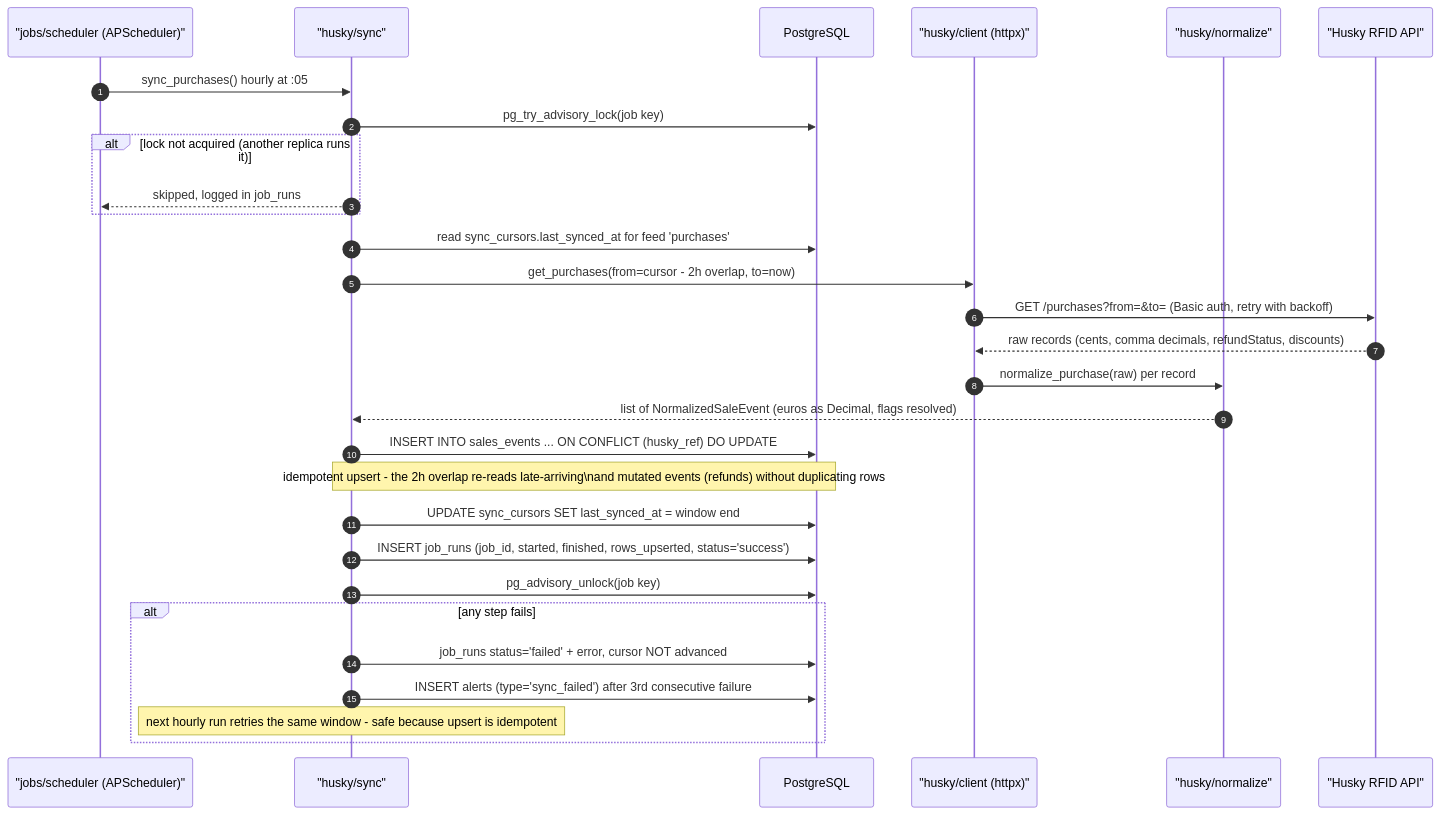
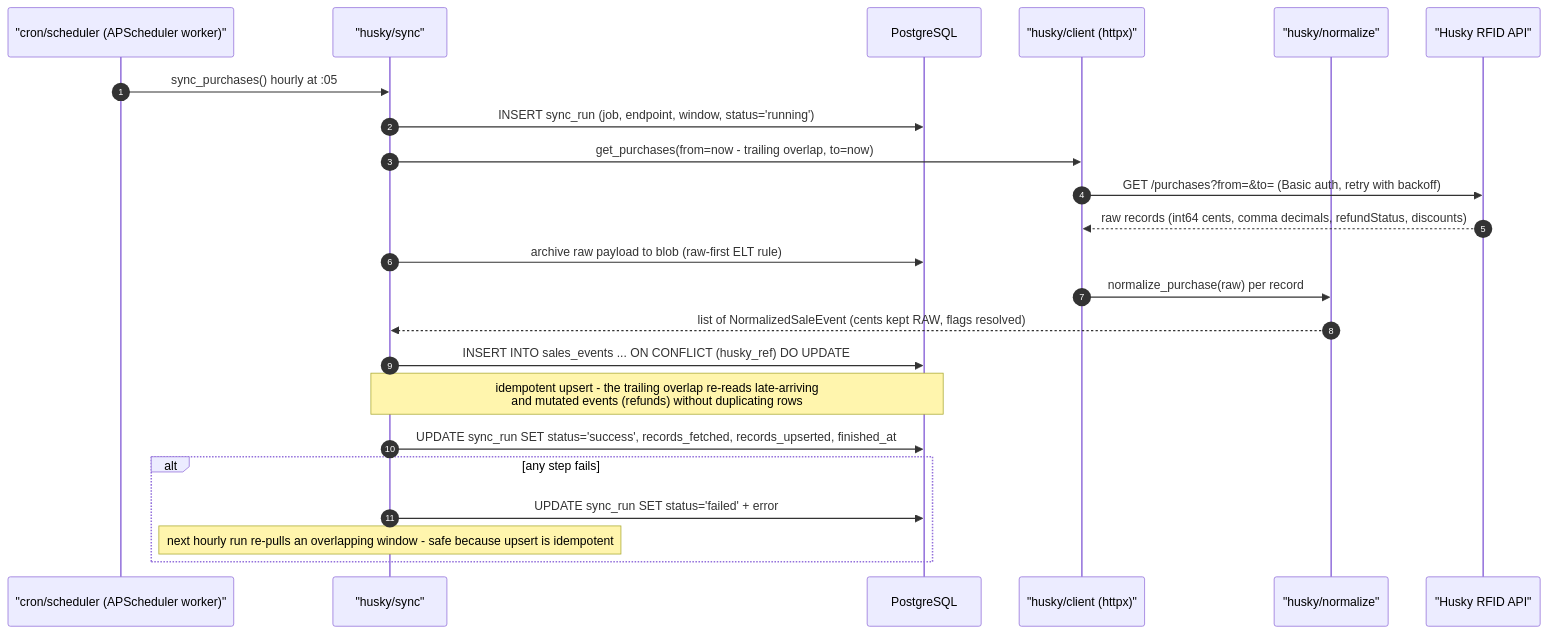
The fourth of 4 diagrams in architecture/backend/README.md (1504168/frigoloco-web), drawn with Mermaid before and after one commit. The commit also changed other lines of this file and 27 other files, not shown here.

````diff
--- a/architecture/backend/README.md
+++ b/architecture/backend/README.md
@@ -593,32 +628,26 @@
 ```mermaid
 sequenceDiagram
     autonumber
-    participant SCH as "jobs/scheduler (APScheduler)"
+    participant SCH as "cron/scheduler (APScheduler worker)"
     participant SY as "husky/sync"
     participant DB as PostgreSQL
     participant HC as "husky/client (httpx)"
     participant NZ as "husky/normalize"
     participant API as "Husky RFID API"
 
     SCH->>SY: sync_purchases() hourly at :05
-    SY->>DB: pg_try_advisory_lock(job key)
-    alt lock not acquired (another replica runs it)
-        SY-->>SCH: skipped, logged in job_runs
-    end
-    SY->>DB: read sync_cursors.last_synced_at for feed 'purchases'
-    SY->>HC: get_purchases(from=cursor - 2h overlap, to=now)
+    SY->>DB: INSERT sync_run (job, endpoint, window, status='running')
+    SY->>HC: get_purchases(from=now - trailing overlap, to=now)
     HC->>API: GET /purchases?from=&to= (Basic auth, retry with backoff)
-    API-->>HC: raw records (cents, comma decimals, refundStatus, discounts)
+    API-->>HC: raw records (int64 cents, comma decimals, refundStatus, discounts)
+    SY->>DB: archive raw payload to blob (raw-first ELT rule)
     HC->>NZ: normalize_purchase(raw) per record
-    NZ-->>SY: list of NormalizedSaleEvent (euros as Decimal, flags resolved)
+    NZ-->>SY: list of NormalizedSaleEvent (cents kept RAW, flags resolved)
     SY->>DB: INSERT INTO sales_events ... ON CONFLICT (husky_ref) DO UPDATE
-    note over SY,DB: idempotent upsert - the 2h overlap re-reads late-arriving\nand mutated events (refunds) without duplicating rows
-    SY->>DB: UPDATE sync_cursors SET last_synced_at = window end
-    SY->>DB: INSERT job_runs (job_id, started, finished, rows_upserted, status='success')
-    SY->>DB: pg_advisory_unlock(job key)
+    note over SY,DB: idempotent upsert - the trailing overlap re-reads late-arriving<br/>and mutated events (refunds) without duplicating rows
+    SY->>DB: UPDATE sync_run SET status='success', records_fetched, records_upserted, finished_at
     alt any step fails
-        SY->>DB: job_runs status='failed' + error, cursor NOT advanced
-        SY->>DB: INSERT alerts (type='sync_failed') after 3rd consecutive failure
-        note over SY: next hourly run retries the same window - safe because upsert is idempotent
+        SY->>DB: UPDATE sync_run SET status='failed' + error
+        note over SY: next hourly run re-pulls an overlapping window - safe because upsert is idempotent
     end
 ```
````
